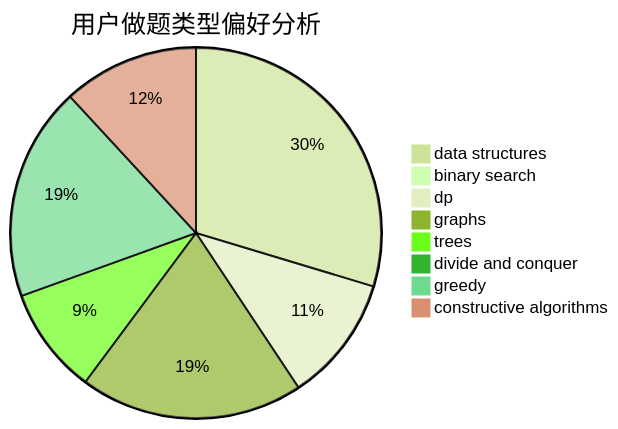
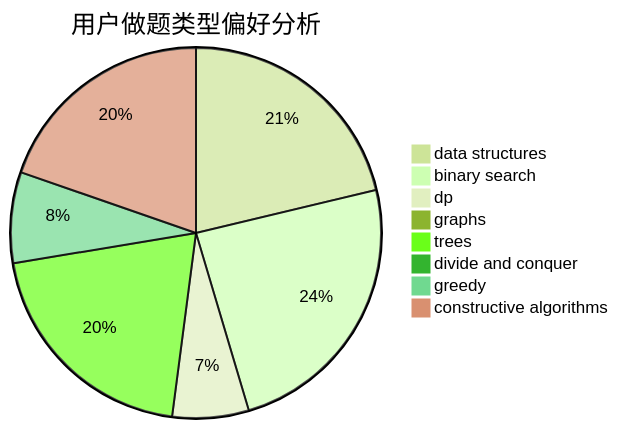
Before and after one commit to sherpahu/cfrs.github.io: the second of 3 diagrams in docs/user/u1220.md, drawn with Mermaid (forest theme). The commit also changed other lines of this file and 2770 other files, not shown here.

````diff
--- a/docs/user/u1220.md
+++ b/docs/user/u1220.md
@@ -23,11 +23,11 @@
 ```mermaid
 pie title 用户做题类型偏好分析
-    "data structures" :  35
-    "binary search" :  0
-    "dp" :  13
-    "graphs" :  23
-    "trees" :  11
+    "data structures" :  67
+    "binary search" :  76
+    "dp" :  21
+    "graphs" :  1
+    "trees" :  64
     "divide and conquer" :  0
-    "greedy" :  22
-    "constructive algorithms" :  14
+    "greedy" :  25
+    "constructive algorithms" :  62
 ```
````
